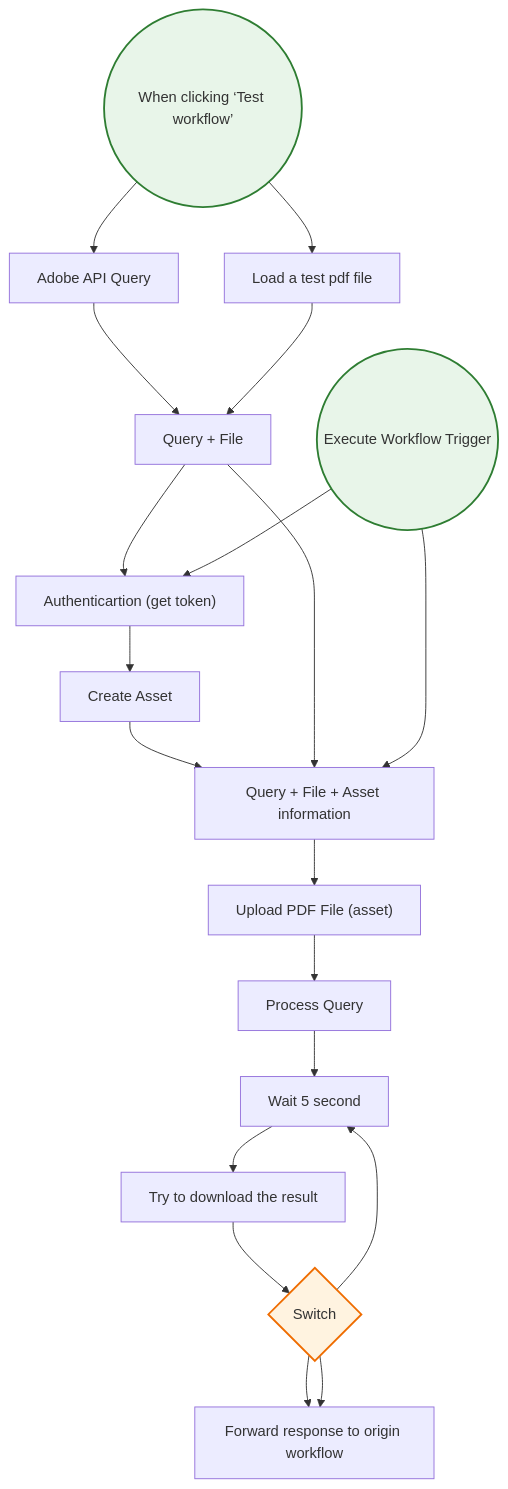
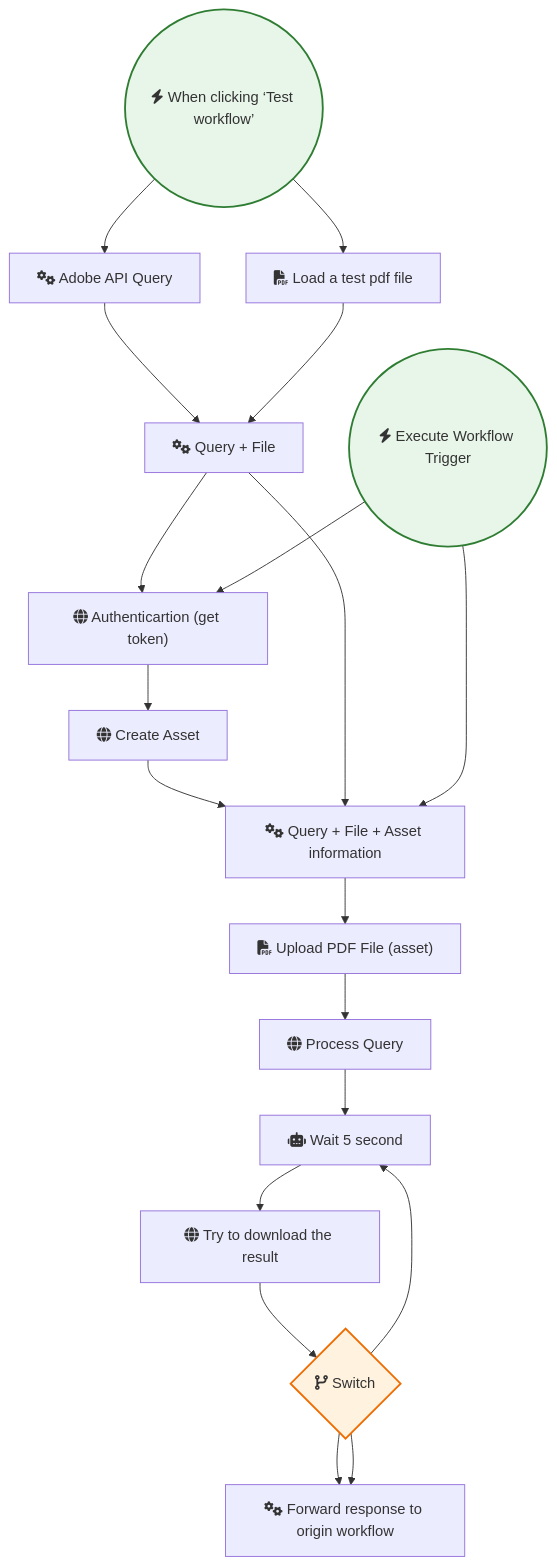
Before and after one commit to sreyash3105/N8N-DEMO-AUTOMATIONS: the diagram in PDF_and_Document_Processing/Manipulate PDF with Adobe developer API.md, drawn with Mermaid. The commit also changed 291 other files, not shown here.

````diff
--- a/PDF_and_Document_Processing/Manipulate PDF with Adobe developer API.md
+++ b/PDF_and_Document_Processing/Manipulate PDF with Adobe developer API.md
@@ -1,40 +1,40 @@
 ```mermaid
 graph TD
     classDef trigger fill:#e8f5e9,stroke:#2e7d32,stroke-width:2px;
     classDef ai fill:#e3f2fd,stroke:#1565c0,stroke-width:2px;
     classDef logic fill:#fff3e0,stroke:#ef6c00,stroke-width:2px;
 
-    When_clicking__Test_workflow_(("When clicking ‘Test workflow’")):::trigger
-    Create_Asset["Create Asset"]
-    Execute_Workflow_Trigger(("Execute Workflow Trigger")):::trigger
-    Adobe_API_Query["Adobe API Query"]
-    Load_a_test_pdf_file["Load a test pdf file"]
-    Query___File["Query + File"]
-    Query___File___Asset_information["Query + File + Asset information"]
-    Process_Query["Process Query"]
-    Wait_5_second["Wait 5 second"]
-    Try_to_download_the_result["Try to download the result"]
-    Switch{"Switch"}:::logic
-    Forward_response_to_origin_workflow["Forward response to origin workflow"]
-    Authenticartion__get_token_["Authenticartion (get token)"]
-    Upload_PDF_File__asset_["Upload PDF File (asset)"]
+    When_clicking__Test_workflow_(("fas:fa-bolt When clicking ‘Test workflow’")):::trigger
+    Create_Asset["fas:fa-globe Create Asset"]
+    Execute_Workflow_Trigger(("fas:fa-bolt Execute Workflow Trigger")):::trigger
+    Adobe_API_Query["fas:fa-cogs Adobe API Query"]
+    Load_a_test_pdf_file["fas:fa-file-pdf Load a test pdf file"]
+    Query___File["fas:fa-cogs Query + File"]
+    Query___File___Asset_information["fas:fa-cogs Query + File + Asset information"]
+    Process_Query["fas:fa-globe Process Query"]
+    Wait_5_second["fas:fa-robot Wait 5 second"]
+    Try_to_download_the_result["fas:fa-globe Try to download the result"]
+    Switch{"fas:fa-code-branch Switch"}:::logic
+    Forward_response_to_origin_workflow["fas:fa-cogs Forward response to origin workflow"]
+    Authenticartion__get_token_["fas:fa-globe Authenticartion (get token)"]
+    Upload_PDF_File__asset_["fas:fa-file-pdf Upload PDF File (asset)"]
 
     Switch --> Wait_5_second
     Switch --> Forward_response_to_origin_workflow
     Switch --> Forward_response_to_origin_workflow
     Create_Asset --> Query___File___Asset_information
     Query___File --> Authenticartion__get_token_
     Query___File --> Query___File___Asset_information
     Process_Query --> Wait_5_second
     Wait_5_second --> Try_to_download_the_result
     Adobe_API_Query --> Query___File
     Load_a_test_pdf_file --> Query___File
     Upload_PDF_File__asset_ --> Process_Query
     Execute_Workflow_Trigger --> Authenticartion__get_token_
     Execute_Workflow_Trigger --> Query___File___Asset_information
     Try_to_download_the_result --> Switch
     Authenticartion__get_token_ --> Create_Asset
     Query___File___Asset_information --> Upload_PDF_File__asset_
     When_clicking__Test_workflow_ --> Load_a_test_pdf_file
     When_clicking__Test_workflow_ --> Adobe_API_Query
 ```
````
